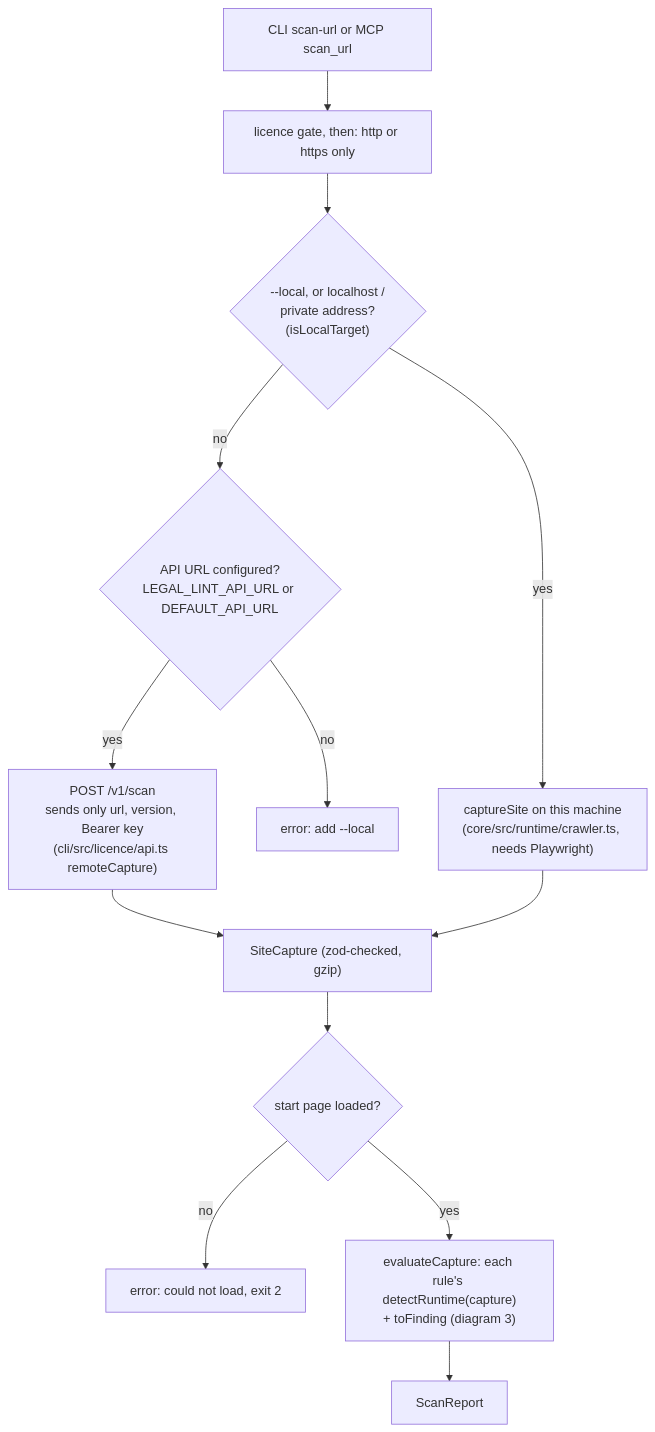
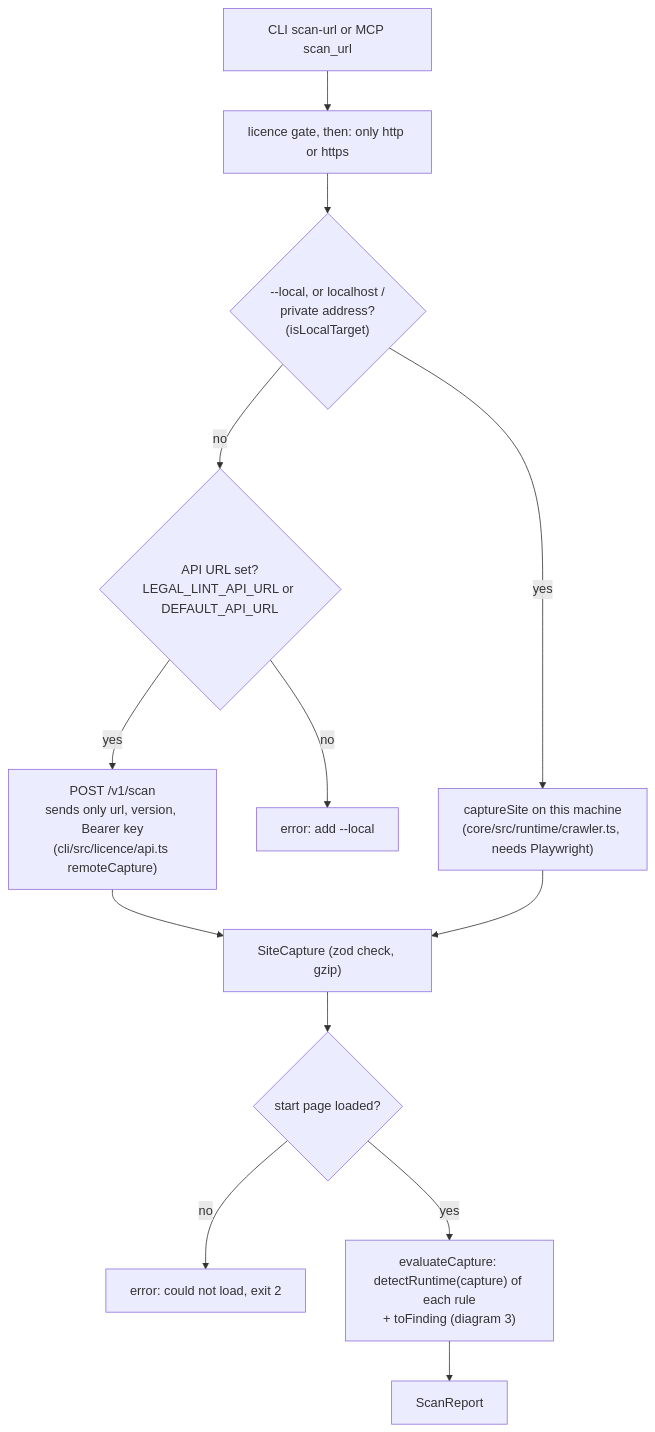
Before and after one commit to raghavg27/legal-linter: the fourth of 13 diagrams in docs/architecture.md, drawn with Mermaid. The commit also changed other lines of this file and 7 other files, not shown here.

Commit message:
docs: rewrite README, CLAUDE.md, contributor docs and architecture diagrams in ASD-STE100 style

````diff
--- a/docs/architecture.md
+++ b/docs/architecture.md
@@ -119,15 +119,15 @@
 ```mermaid
 flowchart TD
-  start["CLI scan-url or MCP scan_url"] --> gate["licence gate, then: http or https only"]
+  start["CLI scan-url or MCP scan_url"] --> gate["licence gate, then: only http or https"]
   gate --> local{"--local, or localhost /<br/>private address?<br/>(isLocalTarget)"}
   local -->|yes| crawl["captureSite on this machine<br/>(core/src/runtime/crawler.ts, needs Playwright)"]
-  local -->|no| api{"API URL configured?<br/>LEGAL_LINT_API_URL or DEFAULT_API_URL"}
+  local -->|no| api{"API URL set?<br/>LEGAL_LINT_API_URL or DEFAULT_API_URL"}
   api -->|no| noapi["error: add --local"]
   api -->|yes| remote["POST /v1/scan<br/>sends only url, version, Bearer key<br/>(cli/src/licence/api.ts remoteCapture)"]
-  remote --> cap["SiteCapture (zod-checked, gzip)"]
+  remote --> cap["SiteCapture (zod check, gzip)"]
   crawl --> cap
   cap --> first{"start page loaded?"}
   first -->|no| fail["error: could not load, exit 2"]
-  first -->|yes| eval["evaluateCapture: each rule's detectRuntime(capture)<br/>+ toFinding (diagram 3)"]
+  first -->|yes| eval["evaluateCapture: detectRuntime(capture) of each rule<br/>+ toFinding (diagram 3)"]
   eval --> report["ScanReport"]
 ```
````
